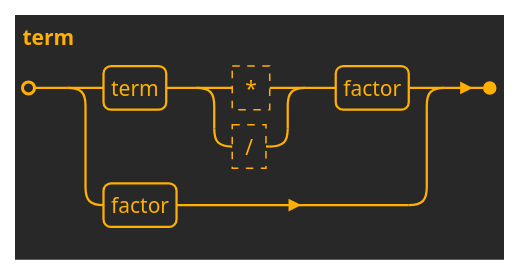
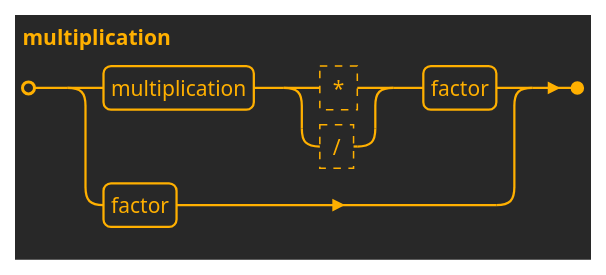
One commit to realsonic/MURQ changed the sixth of 7 diagrams in Domain/MURQ.Domain/URQL/docs/URQL Lines Syntax.md. Above: the diagram before and after it, drawn with PlantUML. The commit also changed other lines of this file and 2 other files, not shown here.

Commit message:
refactor: рекурсивный метод InterpretJoinedStatementsRestAsync заменён на цикл while в исходном методе InterpretJoinedStatementsAsync; нетереминал term переименован в multiplication

````diff
--- a/Domain/MURQ.Domain/URQL/docs/URQL Lines Syntax.md
+++ b/Domain/MURQ.Domain/URQL/docs/URQL Lines Syntax.md
@@ -122,9 +122,9 @@
 ```plantuml
 @startebnf joinedStatements
 !theme crt-amber
 
-term =
-    term, (? * ? | ? / ?), factor
+multiplication =
+    multiplication, (? * ? | ? / ?), factor
   | factor;
 @endebnf
 ```
````
